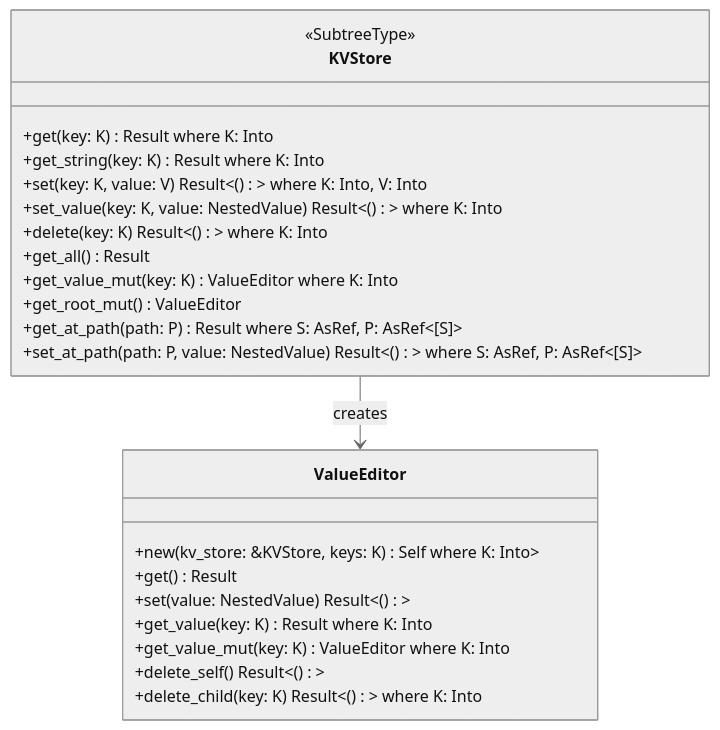
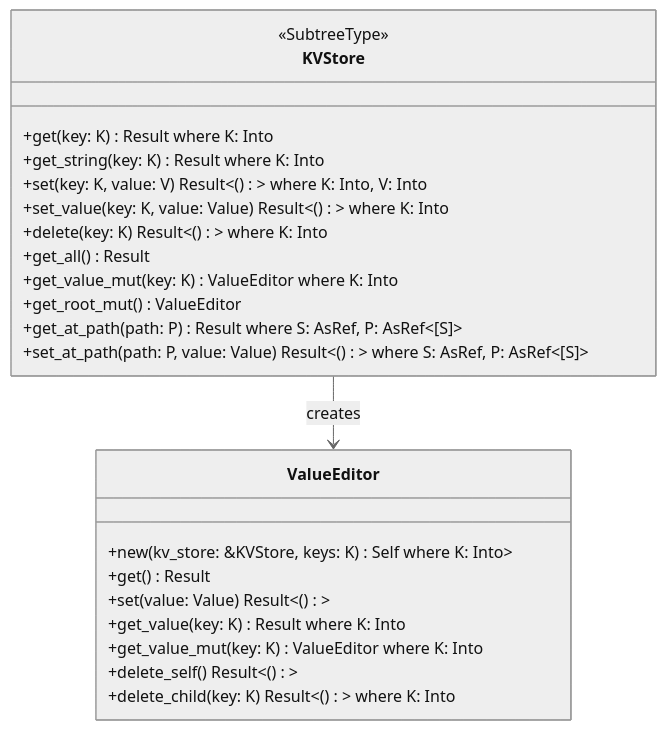
The second of 3 diagrams in docs/src/internal/core_components/subtrees.md (arcuru/eidetica), drawn with Mermaid (neutral theme) before and after one commit. The commit also changed other lines of this file and 12 other files, not shown here.

````diff
--- a/docs/src/internal/core_components/subtrees.md
+++ b/docs/src/internal/core_components/subtrees.md
@@ -64,28 +64,28 @@
 ```mermaid
 classDiagram
     class KVStore {
         <<SubtreeType>>
-        +get<K>(key: K) Result<NestedValue> where K: Into<String>
+        +get<K>(key: K) Result<Value> where K: Into<String>
         +get_string<K>(key: K) Result<String> where K: Into<String>
         +set<K, V>(key: K, value: V) Result<()> where K: Into<String>, V: Into<String>
-        +set_value<K>(key: K, value: NestedValue) Result<()> where K: Into<String>
+        +set_value<K>(key: K, value: Value) Result<()> where K: Into<String>
         +delete<K>(key: K) Result<()> where K: Into<String>
-        +get_all() Result<KVNested>
+        +get_all() Result<Nested>
         +get_value_mut<K>(key: K) ValueEditor where K: Into<String>
         +get_root_mut() ValueEditor
-        +get_at_path<S, P>(path: P) Result<NestedValue> where S: AsRef<str>, P: AsRef<[S]>
-        +set_at_path<S, P>(path: P, value: NestedValue) Result<()> where S: AsRef<str>, P: AsRef<[S]>
+        +get_at_path<S, P>(path: P) Result<Value> where S: AsRef<str>, P: AsRef<[S]>
+        +set_at_path<S, P>(path: P, value: Value) Result<()> where S: AsRef<str>, P: AsRef<[S]>
     }
 
     class ValueEditor {
         +new<K>(kv_store: &KVStore, keys: K) Self where K: Into<Vec<String>>
-        +get() Result<NestedValue>
-        +set(value: NestedValue) Result<()>
-        +get_value<K>(key: K) Result<NestedValue> where K: Into<String>
+        +get() Result<Value>
+        +set(value: Value) Result<()>
+        +get_value<K>(key: K) Result<Value> where K: Into<String>
         +get_value_mut<K>(key: K) ValueEditor where K: Into<String>
         +delete_self() Result<()>
         +delete_child<K>(key: K) Result<()> where K: Into<String>
     }
 
     KVStore --> ValueEditor : creates
 ```
````
